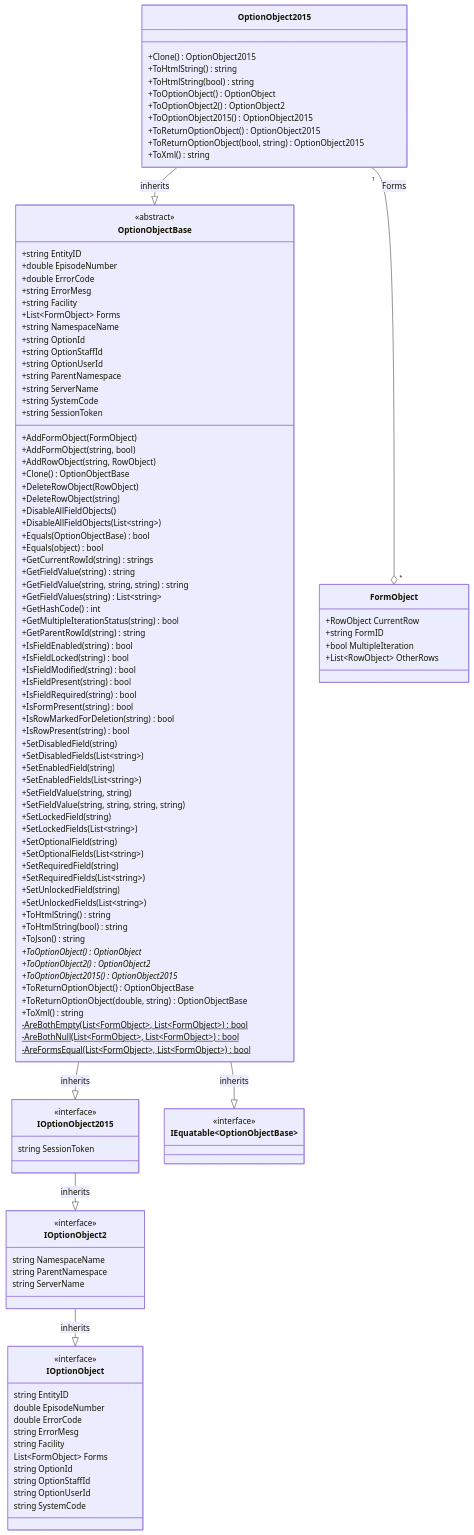
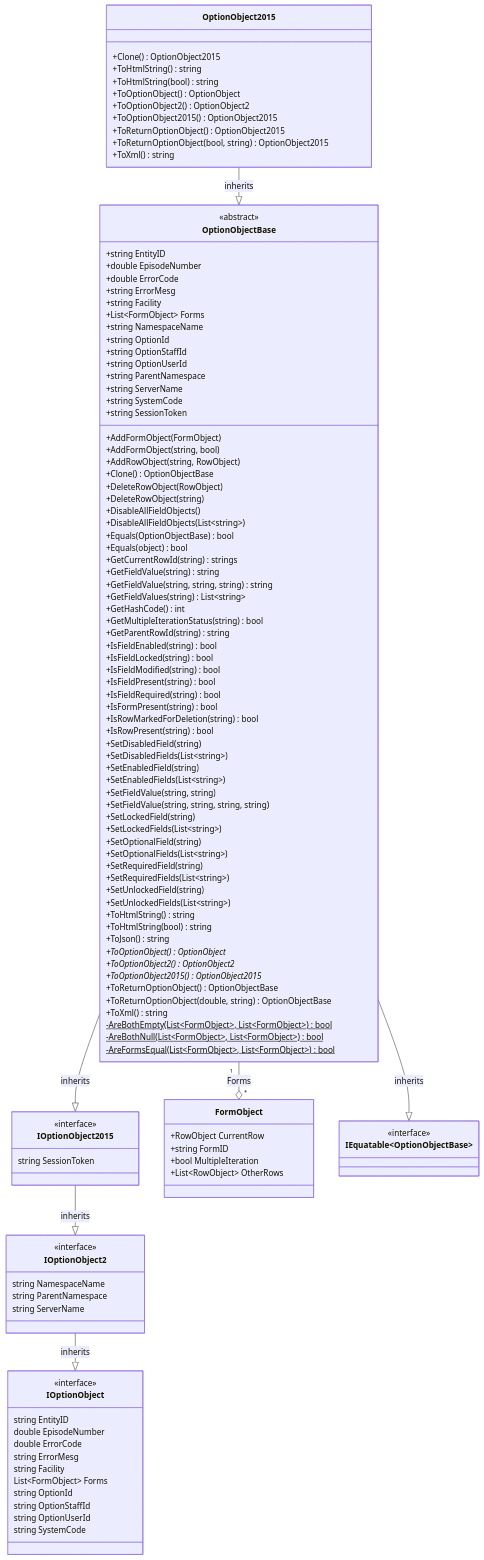
The second of 2 diagrams in docs/docs/dotnet/data-model/optionobject2015.mdx (rarelysimple/RarelySimple.AvatarScriptLink), drawn with Mermaid before and after one commit. The commit also changed 5 other files, not shown here.

Commit message:
add formobject diagrams

```diff
--- a/docs/docs/dotnet/data-model/optionobject2015.mdx
+++ b/docs/docs/dotnet/data-model/optionobject2015.mdx
@@ -361,7 +361,7 @@
 class IEquatable~OptionObjectBase~
 <<interface>> IEquatable~OptionObjectBase~
 
-OptionObject2015 "1" --o "*" FormObject : Forms
+OptionObjectBase "1" --o "*" FormObject : Forms
 
 OptionObject2015 --|> OptionObjectBase : inherits
 OptionObjectBase --|> IEquatable~OptionObjectBase~ : inherits
```
